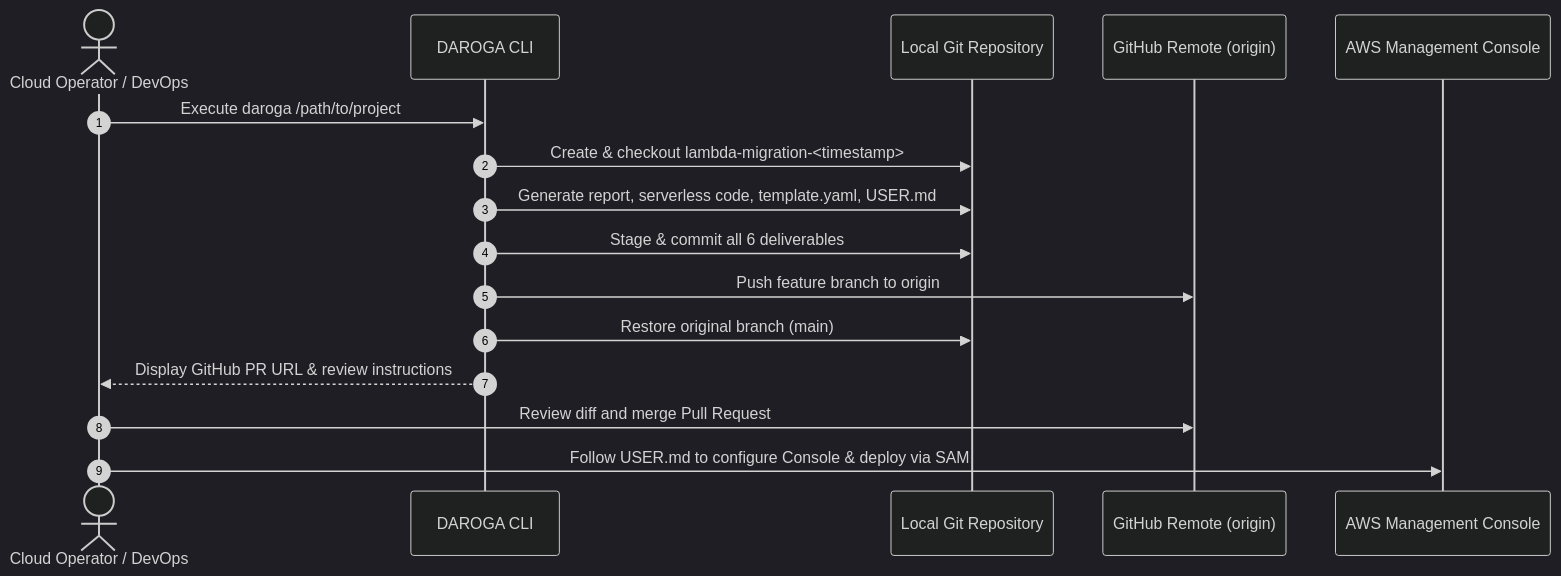
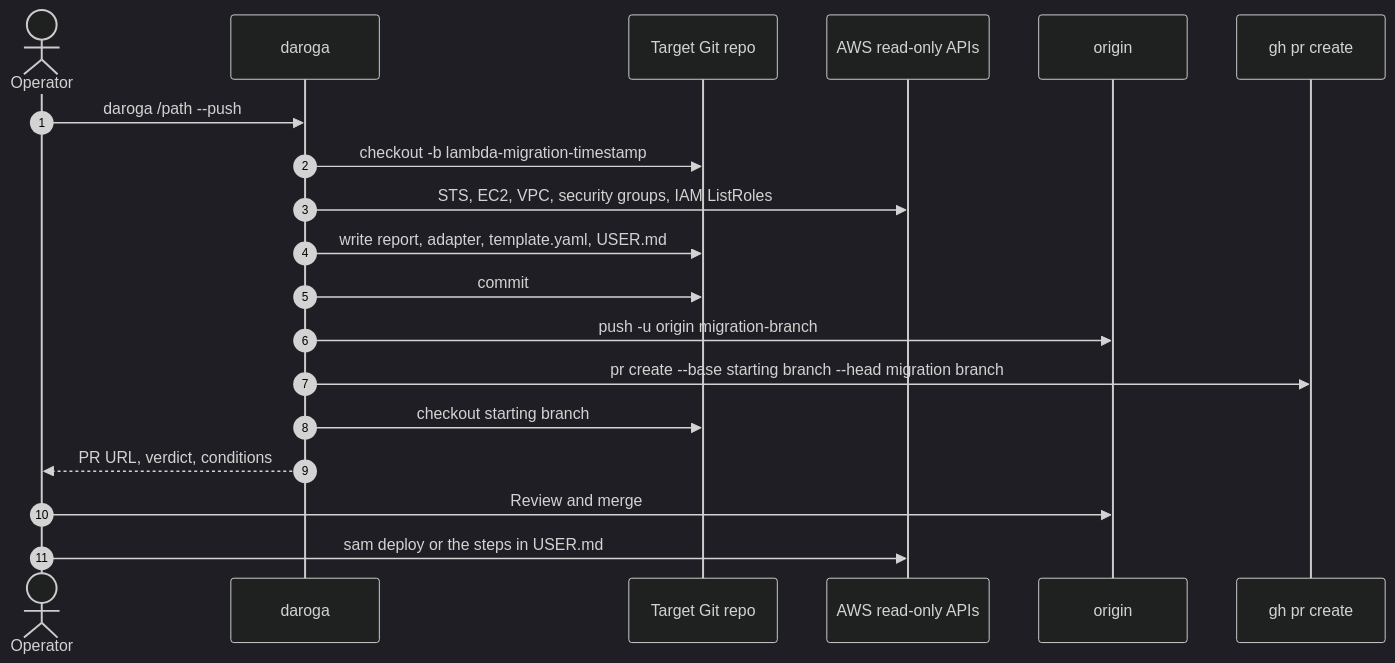
Before and after one commit to dhawalshankar/daroga: the second of 2 diagrams in docs/PRD.md, drawn with Mermaid (dark theme). The commit also changed other lines of this file and 6 other files, not shown here.

Commit message:
docs: update architecture and CLI reference for clarity and consistency, enhance PRD with detailed scope and migration process

````diff
--- a/docs/PRD.md
+++ b/docs/PRD.md
@@ -79,19 +93,22 @@
 ```mermaid
 sequenceDiagram
     autonumber
-    actor Operator as Cloud Operator / DevOps
-    participant CLI as DAROGA CLI
-    participant Repo as Local Git Repository
-    participant Remote as GitHub Remote (origin)
-    participant AWS as AWS Management Console
+    actor Operator
+    participant CLI as daroga
+    participant Repo as Target Git repo
+    participant AWS as AWS read-only APIs
+    participant Remote as origin
+    participant GH as gh pr create
 
-    Operator->>CLI: Execute daroga /path/to/project
-    CLI->>Repo: Create & checkout lambda-migration-<timestamp>
-    CLI->>Repo: Generate report, serverless code, template.yaml, USER.md
-    CLI->>Repo: Stage & commit all 6 deliverables
-    CLI->>Remote: Push feature branch to origin
-    CLI->>Repo: Restore original branch (main)
-    CLI-->>Operator: Display GitHub PR URL & review instructions
-    Operator->>Remote: Review diff and merge Pull Request
-    Operator->>AWS: Follow USER.md to configure Console & deploy via SAM
+    Operator->>CLI: daroga /path --push
+    CLI->>Repo: checkout -b lambda-migration-timestamp
+    CLI->>AWS: STS, EC2, VPC, security groups, IAM ListRoles
+    CLI->>Repo: write report, adapter, template.yaml, USER.md
+    CLI->>Repo: commit
+    CLI->>Remote: push -u origin migration-branch
+    CLI->>GH: pr create --base starting branch --head migration branch
+    CLI->>Repo: checkout starting branch
+    CLI-->>Operator: PR URL, verdict, conditions
+    Operator->>Remote: Review and merge
+    Operator->>AWS: sam deploy or the steps in USER.md
 ```
````
